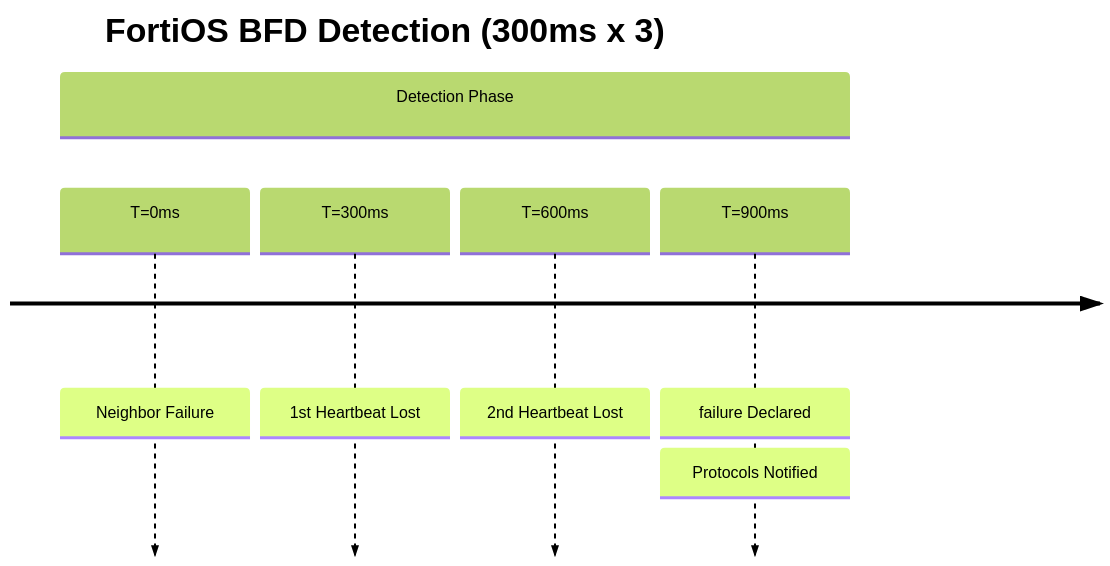
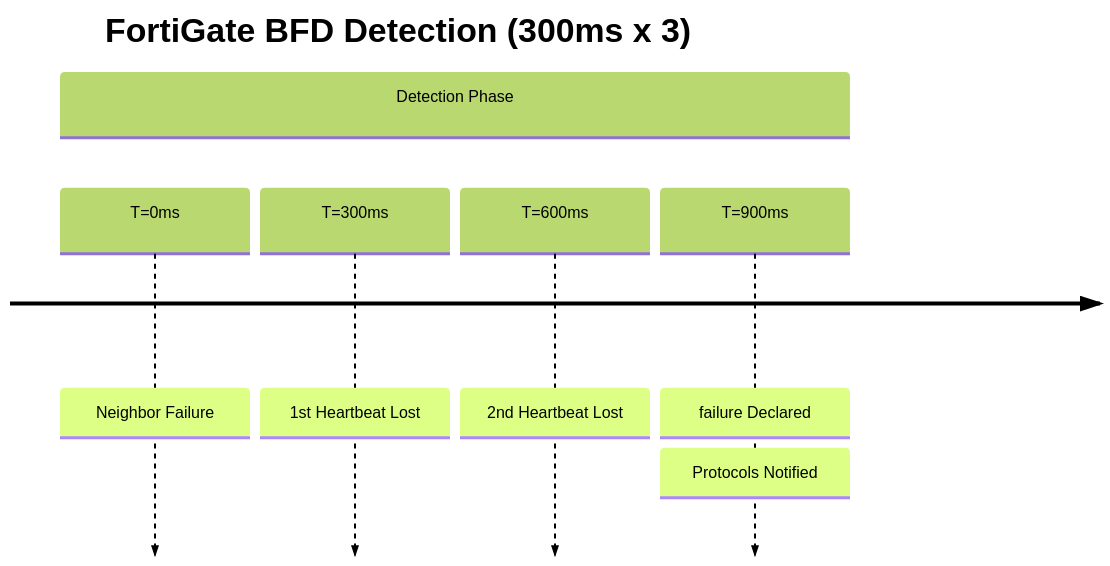
One commit to neil-booker-cko/docs changed the diagram in docs/fortigate/fortigate_bfd_config_guide.md. Above: the diagram before and after it, drawn with Mermaid (forest theme). The commit also changed other lines of this file and 75 other files, not shown here.

````diff
--- a/docs/fortigate/fortigate_bfd_config_guide.md
+++ b/docs/fortigate/fortigate_bfd_config_guide.md
@@ -18,9 +18,9 @@
 ```mermaid
 timeline
-    title FortiOS BFD Detection (300ms x 3)
+    title FortiGate BFD Detection (300ms x 3)
     section Detection Phase
         T=0ms : Neighbor Failure
         T=300ms : 1st Heartbeat Lost
         T=600ms : 2nd Heartbeat Lost
         T=900ms : failure Declared : Protocols Notified
 ```
````
